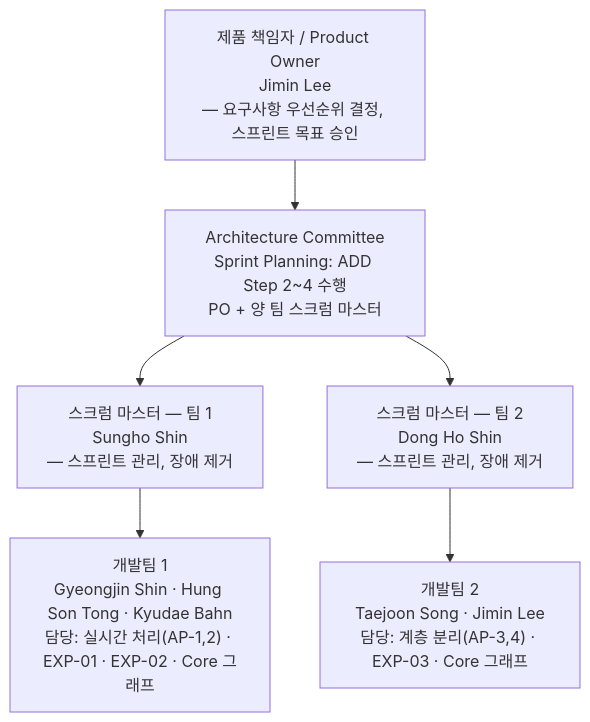
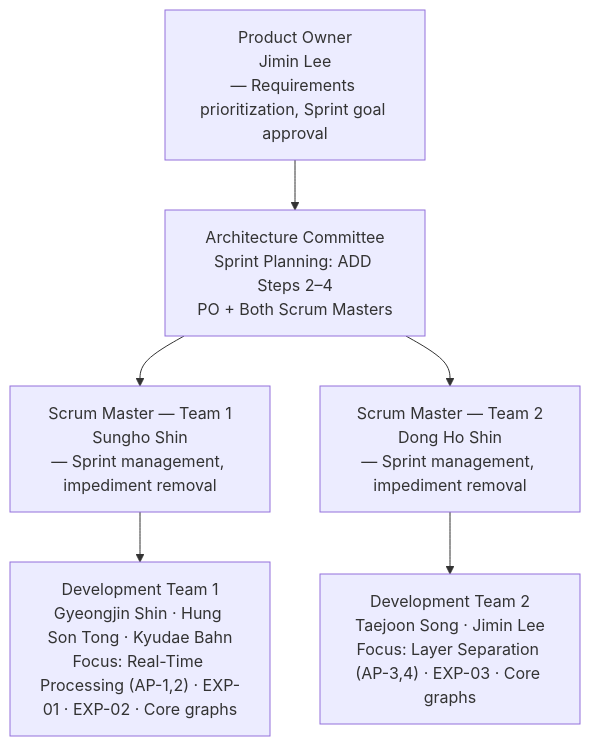
Before and after one commit to Ji-Min-Lee/2026-3-sw-architect-studio-project: the diagram in docs/milestone1/final/01-project-plan.md, drawn with Mermaid. The commit also changed other lines of this file, not shown here.

````diff
--- a/docs/milestone1/final/01-project-plan.md
+++ b/docs/milestone1/final/01-project-plan.md
@@ -90,18 +49,18 @@
 ```mermaid
 graph TD
-    PO["제품 책임자 / Product Owner\nJimin Lee\n— 요구사항 우선순위 결정, 스프린트 목표 승인"]
+    PO["Product Owner\nJimin Lee\n— Requirements prioritization, Sprint goal approval"]
 
-    AC["Architecture Committee\nSprint Planning: ADD Step 2~4 수행\nPO + 양 팀 스크럼 마스터"]
+    AC["Architecture Committee\nSprint Planning: ADD Steps 2–4\nPO + Both Scrum Masters"]
 
-    SM1["스크럼 마스터 — 팀 1\nSungho Shin\n— 스프린트 관리, 장애 제거"]
-    SM2["스크럼 마스터 — 팀 2\nDong Ho Shin\n— 스프린트 관리, 장애 제거"]
+    SM1["Scrum Master — Team 1\nSungho Shin\n— Sprint management, impediment removal"]
+    SM2["Scrum Master — Team 2\nDong Ho Shin\n— Sprint management, impediment removal"]
 
-    T1["개발팀 1\nGyeongjin Shin · Hung Son Tong · Kyudae Bahn\n담당: 실시간 처리(AP-1,2) · EXP-01 · EXP-02 · Core 그래프"]
-    T2["개발팀 2\nTaejoon Song · Jimin Lee\n담당: 계층 분리(AP-3,4) · EXP-03 · Core 그래프"]
+    T1["Development Team 1\nGyeongjin Shin · Hung Son Tong · Kyudae Bahn\nFocus: Real-Time Processing (AP-1,2) · EXP-01 · EXP-02 · Core graphs"]
+    T2["Development Team 2\nTaejoon Song · Jimin Lee\nFocus: Layer Separation (AP-3,4) · EXP-03 · Core graphs"]
 
     PO --> AC
     AC --> SM1
     AC --> SM2
     SM1 --> T1
     SM2 --> T2
 ```
````
